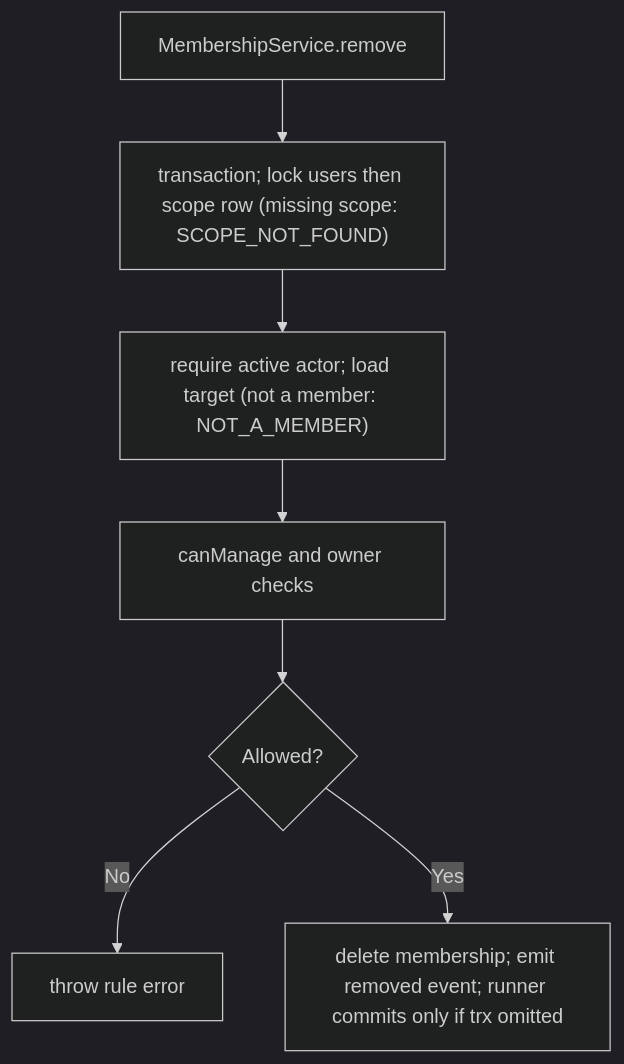
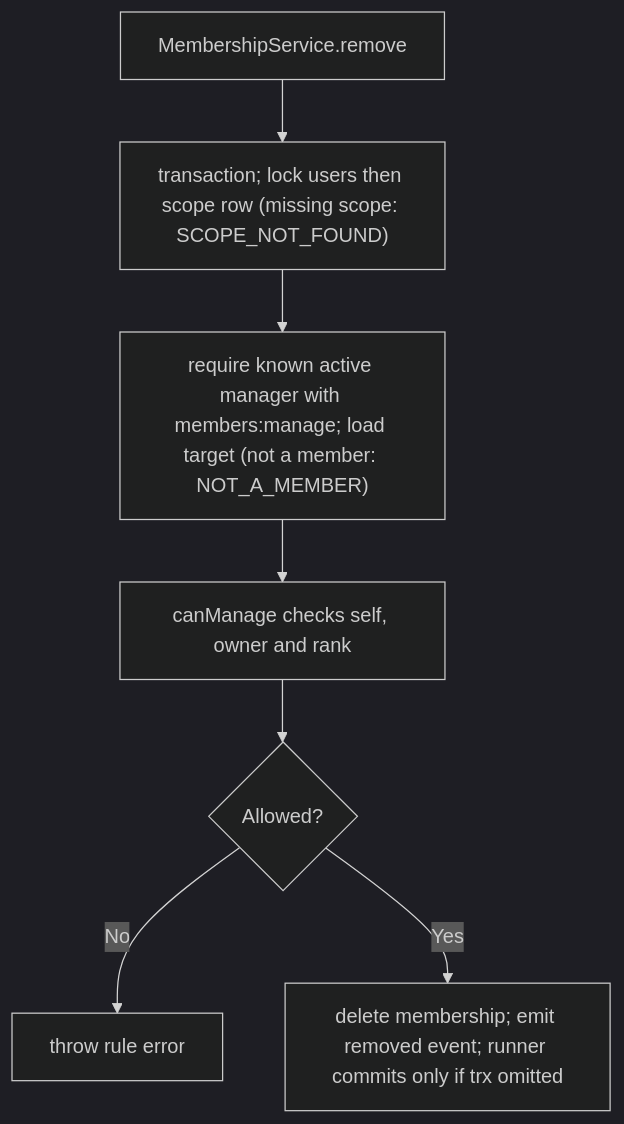
One commit to Kevinjohn/oss-adonisjs-access-control changed the second of 2 diagrams in user-stories/US-ACCESS-06-remove-member.md. Above: the diagram before and after it, drawn with Mermaid (dark theme). The commit also changed 31 other files, not shown here.

````diff
--- a/user-stories/US-ACCESS-06-remove-member.md
+++ b/user-stories/US-ACCESS-06-remove-member.md
@@ -38,9 +38,9 @@
 ```mermaid
 flowchart TD
     A["MembershipService.remove"] --> B["transaction; lock users then scope row (missing scope: SCOPE_NOT_FOUND)"]
-    B --> C["require active actor; load target (not a member: NOT_A_MEMBER)"]
-    C --> D["canManage and owner checks"]
+    B --> C["require known active manager with members:manage; load target (not a member: NOT_A_MEMBER)"]
+    C --> D["canManage checks self, owner and rank"]
     D --> E{"Allowed?"}
     E -->|No| F["throw rule error"]
     E -->|Yes| G["delete membership; emit removed event; runner commits only if trx omitted"]
 ```
````
